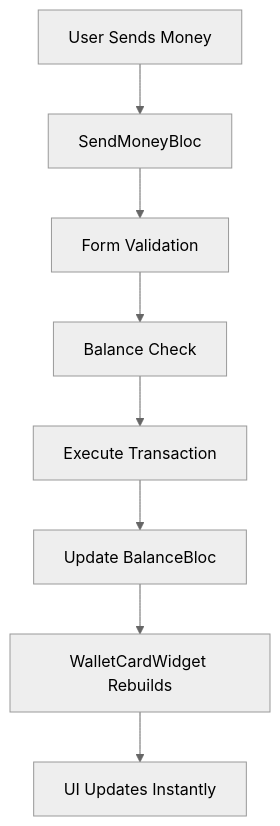
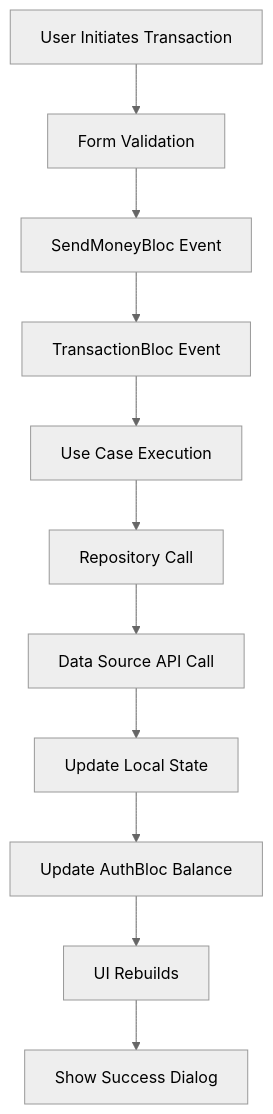
One commit to r2am9d/payora changed diagram 11 of 12 in DESIGN.md. Above: the diagram before and after it, drawn with Mermaid (neutral theme). The commit also changed other lines of this file and 153 other files, not shown here.

````diff
--- a/DESIGN.md
+++ b/DESIGN.md
@@ -307,10 +556,13 @@
 ```mermaid
 graph TD
-    A[User Sends Money] --> B[SendMoneyBloc]
-    B --> C[Form Validation]
-    C --> D[Balance Check]
-    D --> E[Execute Transaction]
-    E --> F[Update BalanceBloc]
-    F --> G[WalletCardWidget Rebuilds]
-    G --> H[UI Updates Instantly]
+    A[User Initiates Transaction] --> B[Form Validation]
+    B --> C[SendMoneyBloc Event]
+    C --> D[TransactionBloc Event]
+    D --> E[Use Case Execution]
+    E --> F[Repository Call]
+    F --> G[Data Source API Call]
+    G --> H[Update Local State]
+    H --> I[Update AuthBloc Balance]
+    I --> J[UI Rebuilds]
+    J --> K[Show Success Dialog]
 ```
````
